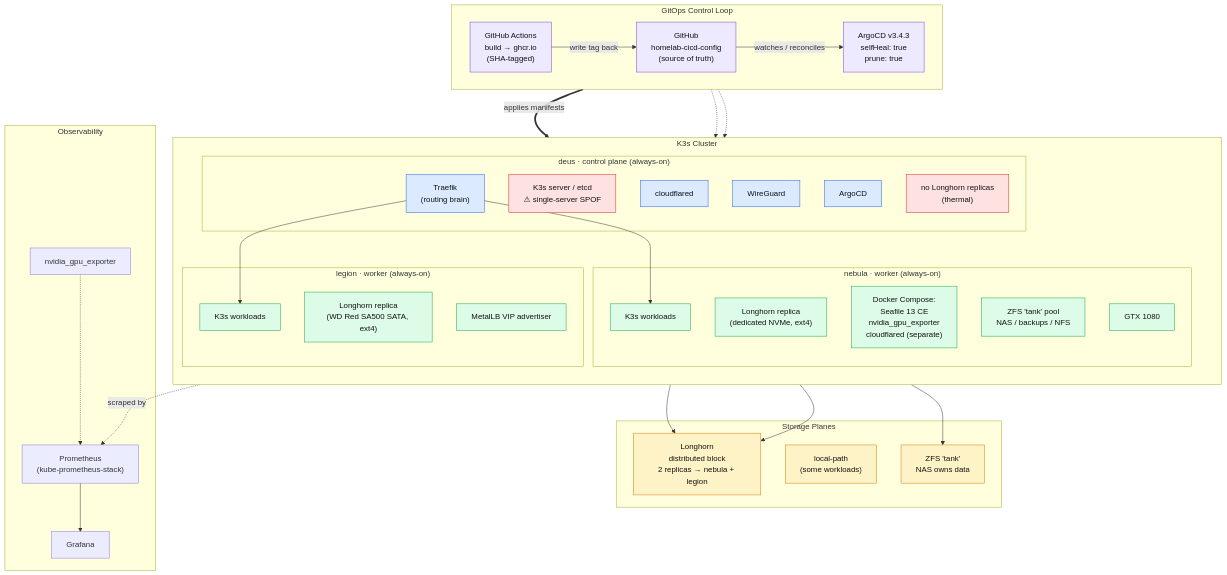
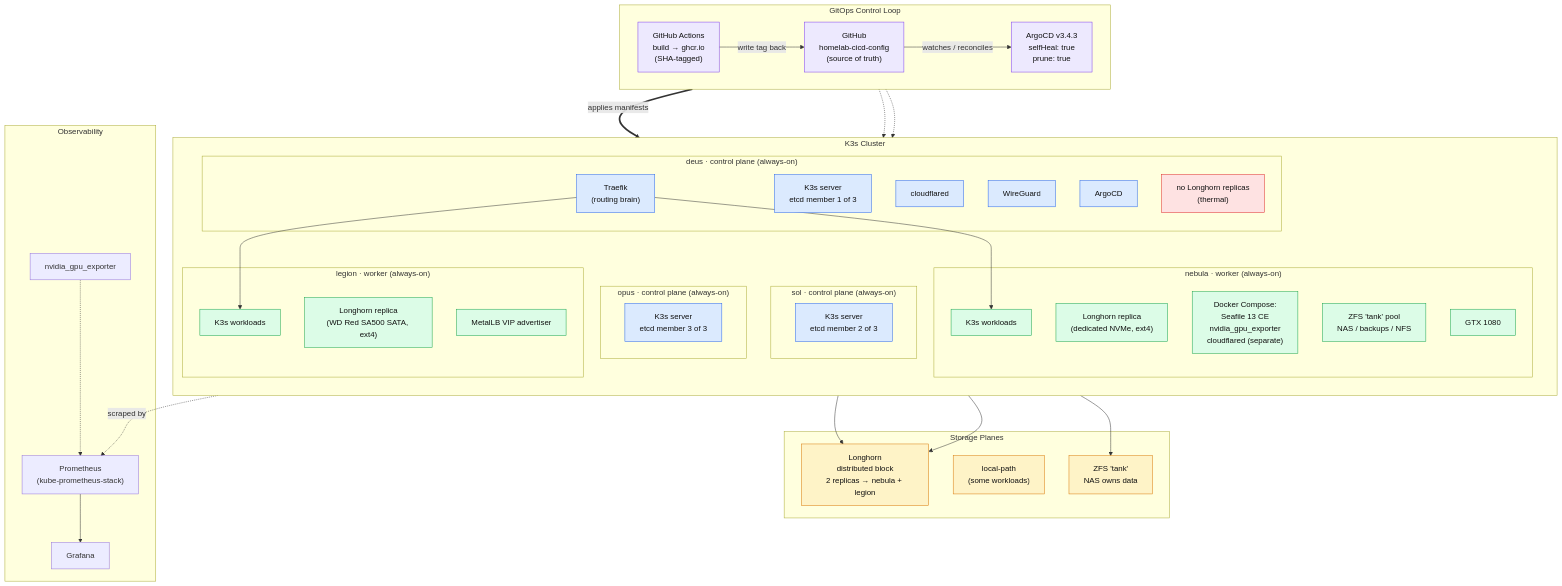
Before and after one commit to home-compute-cluster/docs: the second of 4 diagrams in docs/system-architecture/home-cluster.md, drawn with Mermaid. The commit also changed other lines of this file and 3 other files, not shown here.

First line of the commit message:
Add sol and opus as control-plane nodes with embedded etcd

````diff
--- a/docs/system-architecture/home-cluster.md
+++ b/docs/system-architecture/home-cluster.md
@@ -111,12 +146,20 @@
         direction TB
 
         subgraph deus["deus · control plane (always-on)"]
-            k3s_server["K3s server / etcd<br/>⚠ single-server SPOF"]
+            k3s_server["K3s server<br/>etcd member 1 of 3"]
             traefik2["Traefik<br/>(routing brain)"]
             cloudflared2["cloudflared"]
             wg2["WireGuard"]
             argo2["ArgoCD"]
             note_deus["no Longhorn replicas<br/>(thermal)"]
+        end
+
+        subgraph sol["sol · control plane (always-on)"]
+            sol_server["K3s server<br/>etcd member 2 of 3"]
+        end
+
+        subgraph opus["opus · control plane (always-on)"]
+            opus_server["K3s server<br/>etcd member 3 of 3"]
         end
 
         subgraph nebula["nebula · worker (always-on)"]
@@ -167,9 +210,9 @@
     classDef warn fill:#fee2e2,stroke:#dc2626,color:#111
     classDef git fill:#ede9fe,stroke:#7c3aed,color:#111
 
-    class k3s_server,traefik2,cloudflared2,wg2,argo2 control
+    class k3s_server,sol_server,opus_server,traefik2,cloudflared2,wg2,argo2 control
     class neb_workloads,neb_nvme,neb_compose,neb_zfs,neb_gpu,leg_workloads,leg_sata,leg_metallb worker
     class longhorn,localpath,zfs_nas store
-    class note_deus,k3s_server warn
+    class note_deus warn
     class gh,gha,argo git
 ```
````
